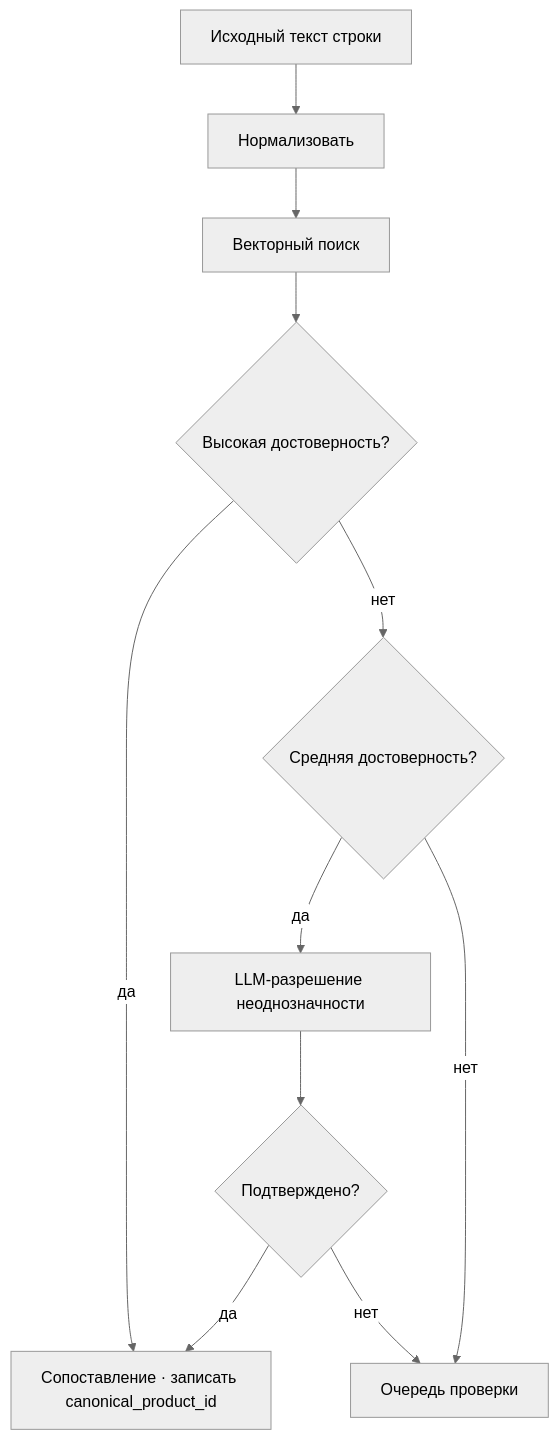
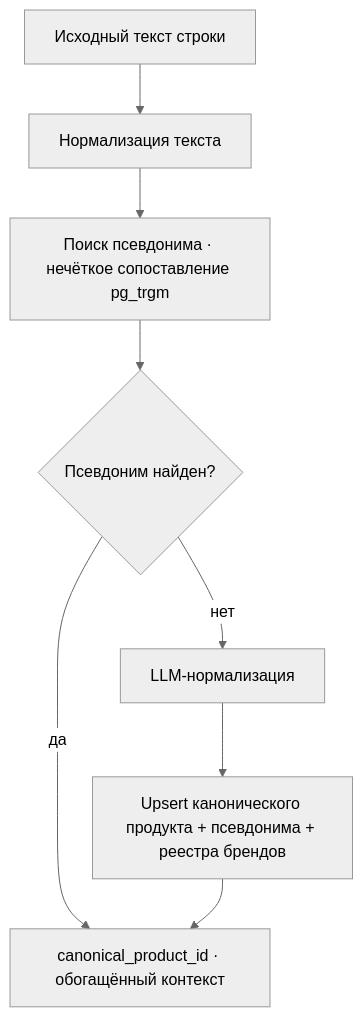
The diagram in content/technical-paper/ru/02-receipt-pipeline/06-canonical.md (Yumo-Yumo-Inc/yumoyumohq), drawn with Mermaid (neutral theme) before and after one commit. The commit also changed other lines of this file and 1048 other files, not shown here.

````diff
--- a/content/technical-paper/ru/02-receipt-pipeline/06-canonical.md
+++ b/content/technical-paper/ru/02-receipt-pipeline/06-canonical.md
@@ -18,13 +20,10 @@
 ```mermaid
 flowchart TD
-    A["Исходный текст строки"] --> B["Нормализовать"]
-    B --> C["Векторный поиск"]
-    C --> D{"Высокая достоверность?"}
-    D -- да --> E["Сопоставление · записать canonical_product_id"]
-    D -- нет --> F{"Средняя достоверность?"}
-    F -- да --> G["LLM-разрешение неоднозначности"]
-    F -- нет --> H["Очередь проверки"]
-    G --> I{"Подтверждено?"}
-    I -- да --> E
-    I -- нет --> H
+    A[Исходный текст строки] --> B[Нормализация текста]
+    B --> C[Поиск псевдонима · нечёткое сопоставление pg_trgm]
+    C --> D{Псевдоним найден?}
+    D -- да --> E[canonical_product_id · обогащённый контекст]
+    D -- нет --> F[LLM-нормализация]
+    F --> G[Upsert канонического продукта + псевдонима + реестра брендов]
+    G --> E
 ```
````
